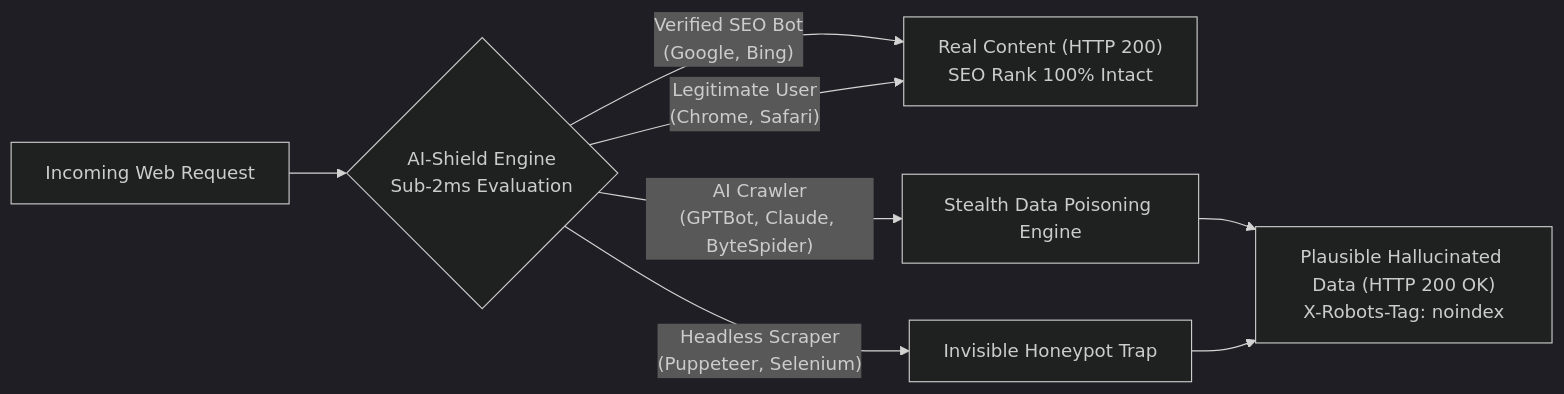
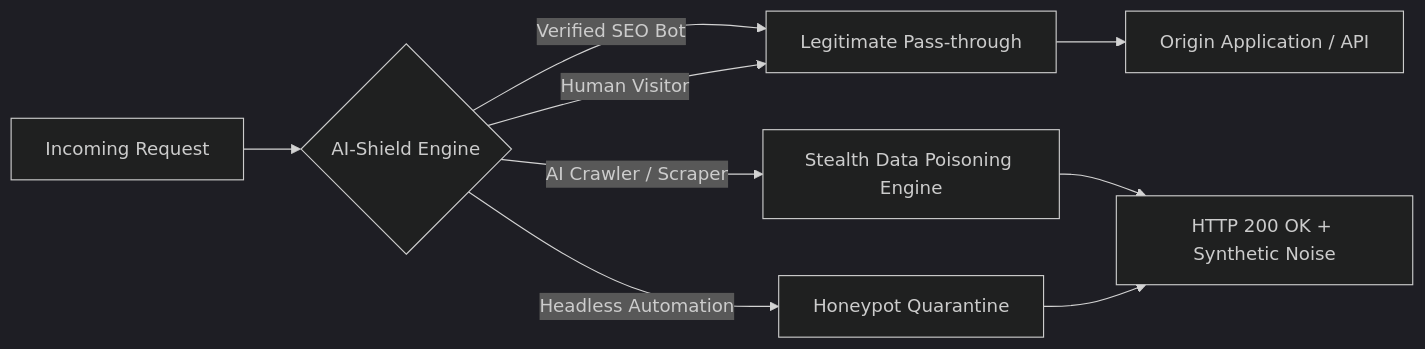
Before and after one commit to samimcodes/AI-Shield: the diagram in README.md, drawn with Mermaid (dark theme). The commit also changed other lines of this file, not shown here.

````diff
--- a/README.md
+++ b/README.md
@@ -27,10 +84,11 @@
 ```mermaid
 flowchart LR
-    A["Incoming Web Request"] --> B{"AI-Shield Engine<br/>Sub-2ms Evaluation"}
-    B -->|"Verified SEO Bot<br/>(Google, Bing)"| C["Real Content (HTTP 200)<br/>SEO Rank 100% Intact"]
-    B -->|"Legitimate User<br/>(Chrome, Safari)"| C
-    B -->|"AI Crawler<br/>(GPTBot, Claude, ByteSpider)"| D["Stealth Data Poisoning Engine"]
-    B -->|"Headless Scraper<br/>(Puppeteer, Selenium)"| E["Invisible Honeypot Trap"]
-    D --> F["Plausible Hallucinated Data (HTTP 200 OK)<br/>X-Robots-Tag: noindex"]
-    E --> F
+    Req["Incoming Request"] --> Engine{"AI-Shield Engine"}
+    Engine -->|"Verified SEO Bot"| Pass["Legitimate Pass-through"]
+    Engine -->|"Human Visitor"| Pass
+    Engine -->|"AI Crawler / Scraper"| Poison["Stealth Data Poisoning Engine"]
+    Engine -->|"Headless Automation"| Trap["Honeypot Quarantine"]
+    Poison --> Resp["HTTP 200 OK + Synthetic Noise"]
+    Trap --> Resp
+    Pass --> Origin["Origin Application / API"]
 ```
````
